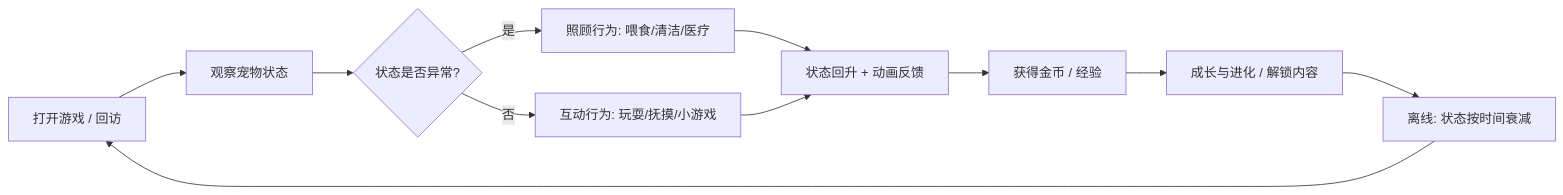
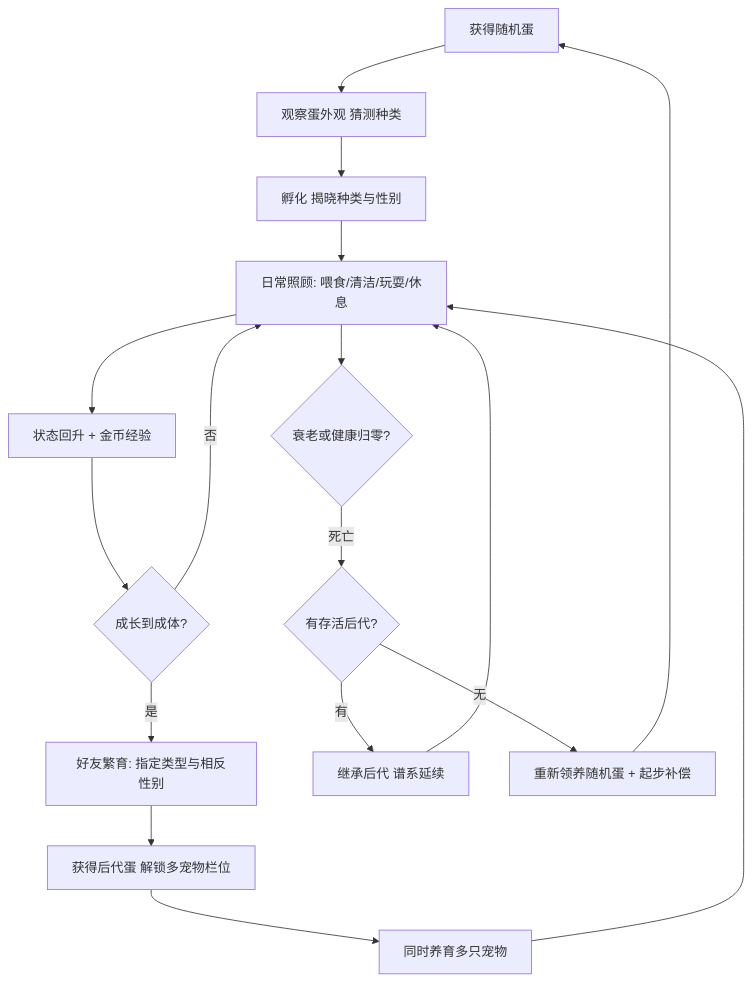
One commit to miniDesigner/CyberPet changed the diagram in docs/游戏设计文档.md. Above: the diagram before and after it, drawn with Mermaid. The commit also changed other lines of this file and 3 other files, not shown here.

````diff
--- a/docs/游戏设计文档.md
+++ b/docs/游戏设计文档.md
@@ -46,13 +48,19 @@
 ```mermaid
-flowchart LR
-    A[打开游戏 / 回访] --> B[观察宠物状态]
-    B --> C{状态是否异常?}
-    C -->|是| D[照顾行为: 喂食/清洁/医疗]
-    C -->|否| E[互动行为: 玩耍/抚摸/小游戏]
-    D --> F[状态回升 + 动画反馈]
-    E --> F
-    F --> G[获得金币 / 经验]
-    G --> H[成长与进化 / 解锁内容]
-    H --> I[离线: 状态按时间衰减]
-    I --> A
+flowchart TD
+    A[获得随机蛋] --> B[观察蛋外观 猜测种类]
+    B --> C[孵化 揭晓种类与性别]
+    C --> D[日常照顾: 喂食/清洁/玩耍/休息]
+    D --> E[状态回升 + 金币经验]
+    E --> F{成长到成体?}
+    F -->|否| D
+    F -->|是| G[好友繁育: 指定类型与相反性别]
+    G --> H[获得后代蛋 解锁多宠物栏位]
+    H --> I[同时养育多只宠物]
+    I --> D
+    D --> J{衰老或健康归零?}
+    J -->|死亡| K{有存活后代?}
+    K -->|有| L[继承后代 谱系延续]
+    K -->|无| M[重新领养随机蛋 + 起步补偿]
+    L --> D
+    M --> A
 ```
````
